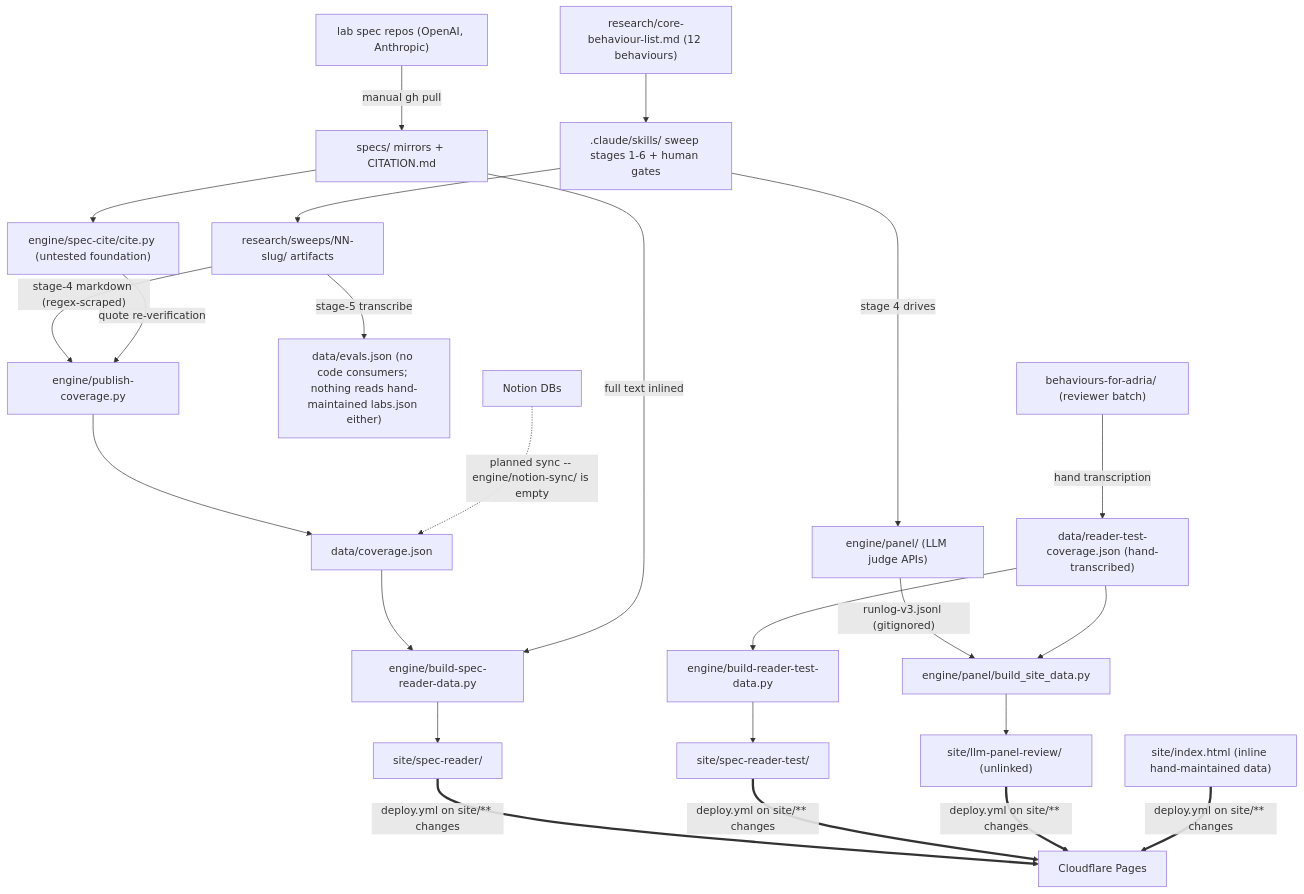
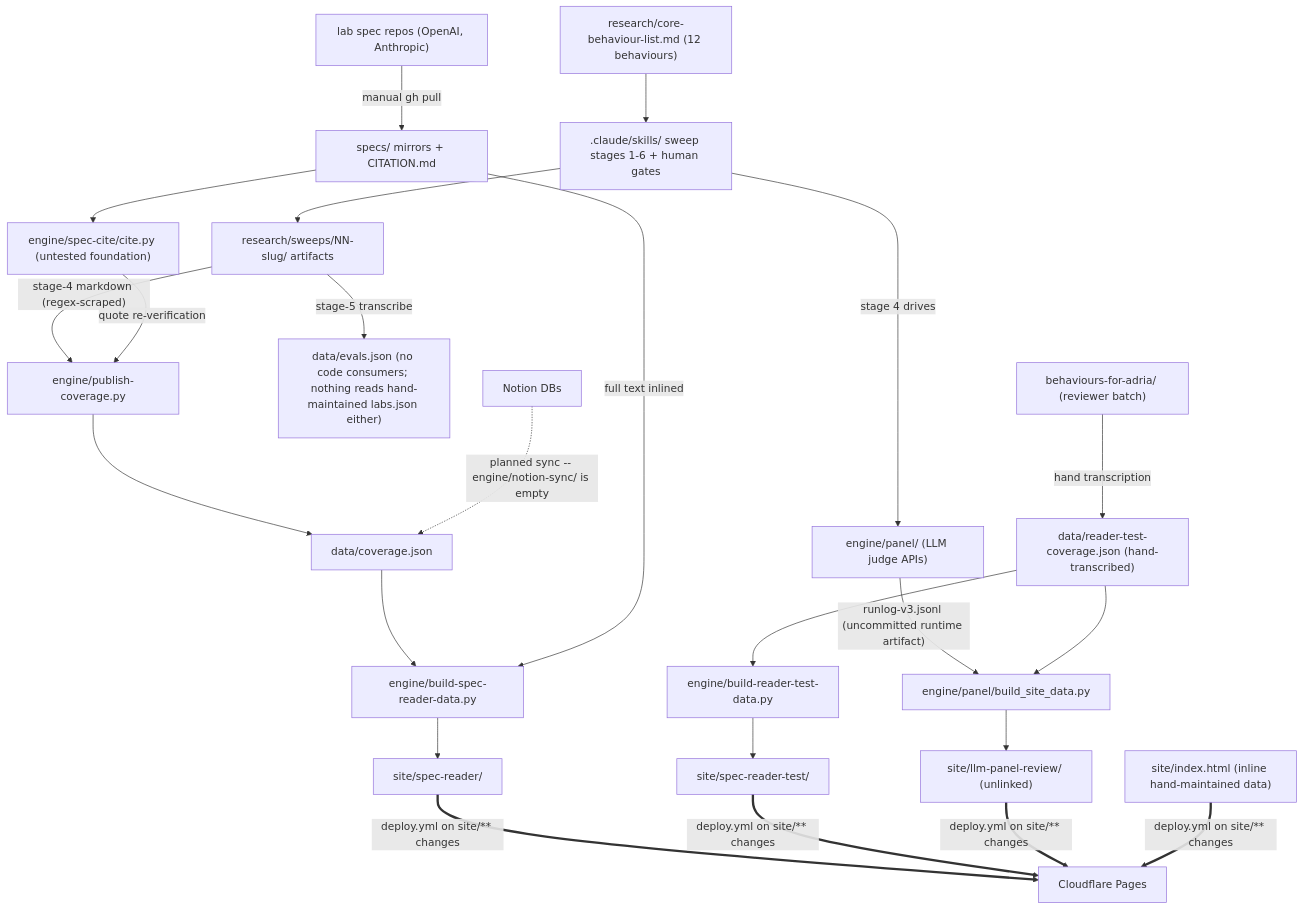
The diagram in SYSTEM.md (AndresCotton/ai-character-index), drawn with Mermaid before and after one commit. The commit also changed other lines of this file and 15 other files, not shown here.

First line of the commit message:
docs: second-round review fixes -- runlog label in SYSTEM mermaid, archive-residue wording, data/README claim, provenance stamps

````diff
--- a/SYSTEM.md
+++ b/SYSTEM.md
@@ -13,24 +13,24 @@
 ```mermaid
 graph TB
   upstream["lab spec repos (OpenAI, Anthropic)"] -->|"manual gh pull"| specs["specs/ mirrors + CITATION.md"]
   specs --> cite["engine/spec-cite/cite.py (untested foundation)"]
   core["research/core-behaviour-list.md (12 behaviours)"] --> skills[".claude/skills/ sweep stages 1-6 + human gates"]
   skills --> sweeps["research/sweeps/NN-slug/ artifacts"]
   skills -->|"stage 4 drives"| panel["engine/panel/ (LLM judge APIs)"]
   sweeps -->|"stage-4 markdown (regex-scraped)"| pub["engine/publish-coverage.py"]
   cite -->|"quote re-verification"| pub
   pub --> cov["data/coverage.json"]
   sweeps -->|"stage-5 transcribe"| unused["data/evals.json (no code consumers; nothing reads hand-maintained labs.json either)"]
-  panel -->|"runlog-v3.jsonl (gitignored)"| bsd["engine/panel/build_site_data.py"]
+  panel -->|"runlog-v3.jsonl (uncommitted runtime artifact)"| bsd["engine/panel/build_site_data.py"]
   rtc["data/reader-test-coverage.json (hand-transcribed)"] --> bsd
   rtc --> brt["engine/build-reader-test-data.py"]
   cov --> bsr["engine/build-spec-reader-data.py"]
   specs -->|"full text inlined"| bsr
   bsr --> reader["site/spec-reader/"]
   brt --> bench["site/spec-reader-test/"]
   bsd --> panelview["site/llm-panel-review/ (unlinked)"]
   adria["behaviours-for-adria/ (reviewer batch)"] -->|"hand transcription"| rtc
   proto["site/index.html (inline hand-maintained data)"]
   reader & bench & panelview & proto ==>|"deploy.yml on site/** changes"| cf["Cloudflare Pages"]
   notion["Notion DBs"] -.->|"planned sync -- engine/notion-sync/ is empty"| cov
 ```
````
